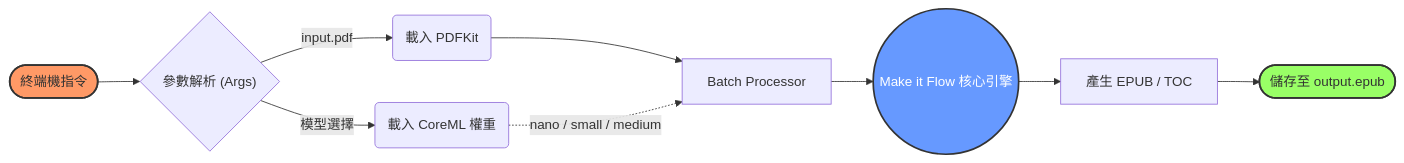
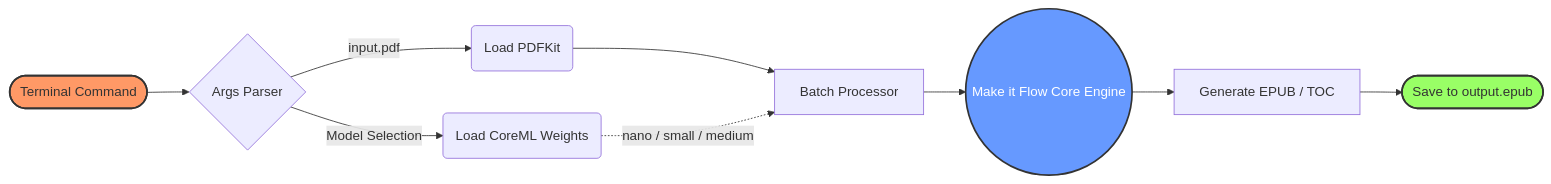
One commit to codinguniversefromEric/Make_it_Flow changed the first of 2 diagrams in README.md. Above: the diagram before and after it, drawn with Mermaid. The commit also changed other lines of this file, not shown here.

Commit message:
docs: translate README to full English and enhance Mermaid flowcharts

````diff
--- a/README.md
+++ b/README.md
@@ -24,17 +24,17 @@
 ```mermaid
 flowchart LR
-    A([終端機指令]) --> B{"參數解析 (Args)"}
-    B -->|input.pdf| C(載入 PDFKit)
-    B -->|模型選擇| D(載入 CoreML 權重)
+    A([Terminal Command]) --> B{"Args Parser"}
+    B -->|input.pdf| C("Load PDFKit")
+    B -->|Model Selection| D("Load CoreML Weights")
     
-    C --> E[Batch Processor]
+    C --> E["Batch Processor"]
     D -.->|nano / small / medium| E
     
-    E --> F((Make it Flow 核心引擎))
-    F --> G[產生 EPUB / TOC]
-    G --> H([儲存至 output.epub])
+    E --> F(("Make it Flow Core Engine"))
+    F --> G["Generate EPUB / TOC"]
+    G --> H([Save to output.epub])
     
     style A fill:#f96,stroke:#333,stroke-width:2px
     style H fill:#9f6,stroke:#333,stroke-width:2px
     style F fill:#69f,stroke:#333,stroke-width:2px,color:#fff
 ```
````
